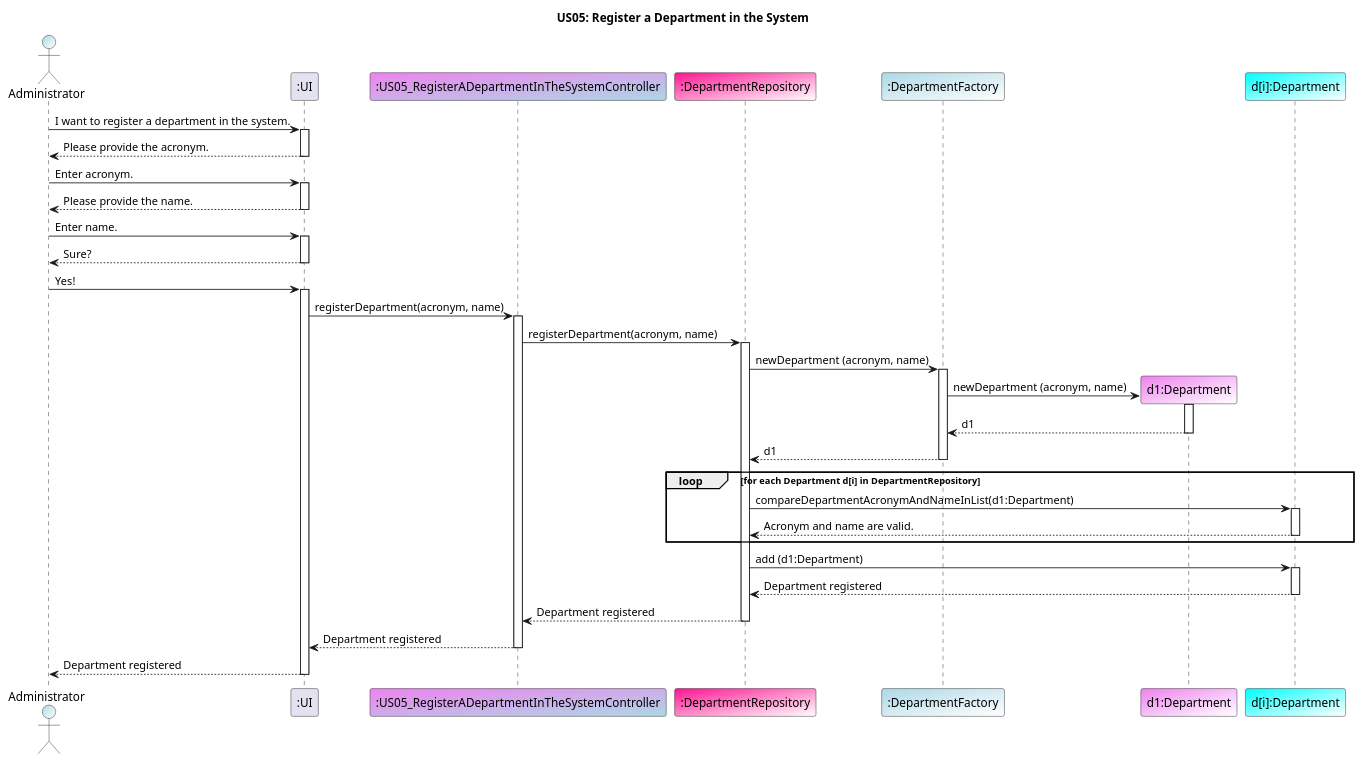
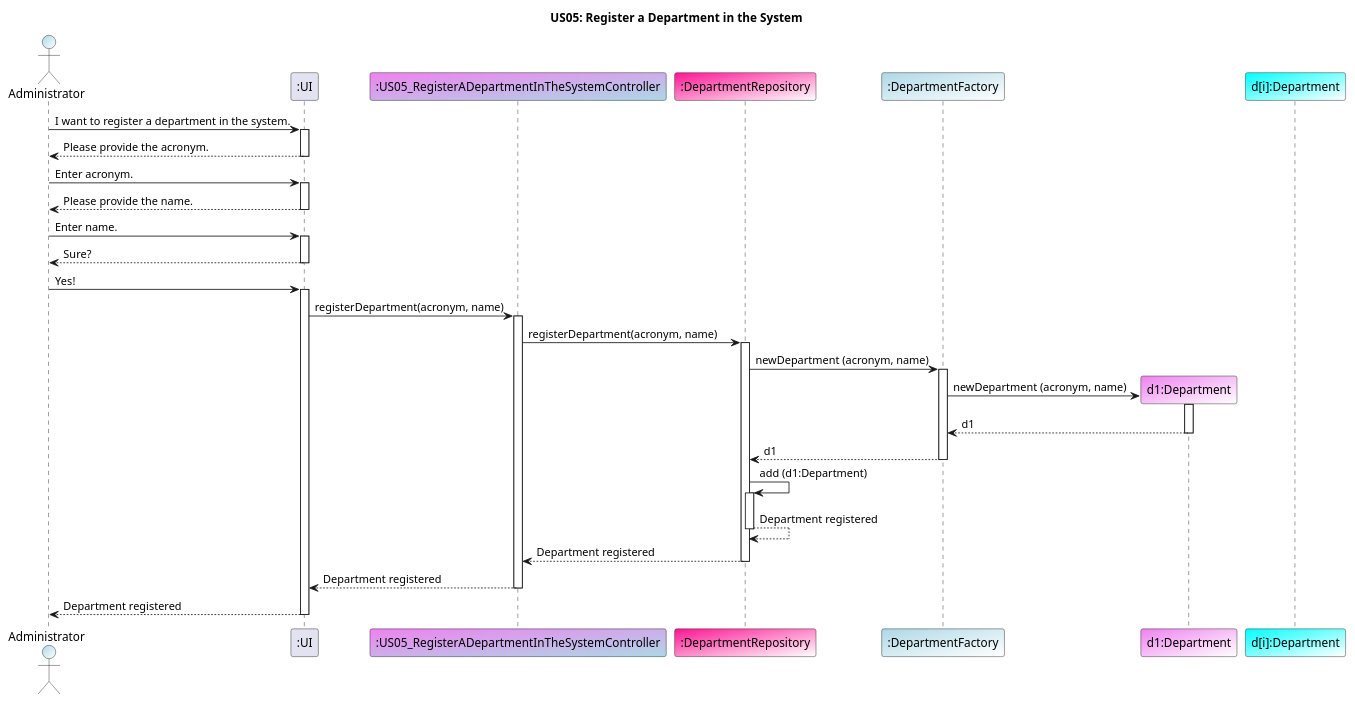
The diagram in docs/US05/US05_DepartmentRegistrySequenceDiagram.puml (GasparISEP/DevOps-PAI), drawn with PlantUML before and after one commit. The commit also changed 1 other file, not shown here.

Commit message:
Update US05 and US06 sequence diagrams to reflect DepartmentRepository's change from List to Set

```diff
--- a/docs/US05/US05_DepartmentRegistrySequenceDiagram.puml
+++ b/docs/US05/US05_DepartmentRegistrySequenceDiagram.puml
@@ -1,61 +1,54 @@
 @startuml
 
 title US05: Register a Department in the System
 
 actor "Administrator" as Administrator #LightBlue/White
 participant ":UI" as UI
 participant ":US05_RegisterADepartmentInTheSystemController" as Controller #Violet/LightBlue
 participant ":DepartmentRepository" as DepartmentRepository #DeepPink/White
 participant ":DepartmentFactory" as DepartmentFactory #LightBlue/White
 participant "d1:Department" as Department #Violet/White
 participant "d[i]:Department" as Departmenti #Cyan/White
 
 Administrator -> UI: I want to register a department in the system.
 activate UI
 UI --> Administrator: Please provide the acronym.
 deactivate UI
 Administrator -> UI: Enter acronym.
 activate UI
 UI --> Administrator: Please provide the name.
 deactivate UI
 Administrator -> UI: Enter name.
 activate UI
 UI --> Administrator: Sure?
 deactivate UI
 Administrator -> UI: Yes!
 activate UI
 
 UI -> Controller: registerDepartment(acronym, name)
 activate Controller
 Controller -> DepartmentRepository: registerDepartment(acronym, name)
 activate DepartmentRepository
 DepartmentRepository -> DepartmentFactory: newDepartment (acronym, name)
 activate DepartmentFactory
 DepartmentFactory -> Department **: newDepartment (acronym, name)
 activate Department
 Department --> DepartmentFactory: d1
 deactivate Department
 DepartmentFactory --> DepartmentRepository: d1
 deactivate DepartmentFactory
 
-loop for each Department d[i] in DepartmentRepository
-DepartmentRepository -> Departmenti: compareDepartmentAcronymAndNameInList(d1:Department)
-activate Departmenti
-Departmenti --> DepartmentRepository: Acronym and name are valid.
-deactivate Departmenti
-end
-
-DepartmentRepository -> Departmenti: add (d1:Department)
-activate Departmenti
-Departmenti --> DepartmentRepository: Department registered
-deactivate Departmenti
+DepartmentRepository -> DepartmentRepository: add (d1:Department)
+activate DepartmentRepository
+DepartmentRepository --> DepartmentRepository: Department registered
+deactivate DepartmentRepository
 DepartmentRepository --> Controller: Department registered
 deactivate DepartmentRepository
 Controller --> UI: Department registered
 deactivate Controller
 UI --> Administrator: Department registered
 deactivate UI
 
 
 
 @enduml
```
